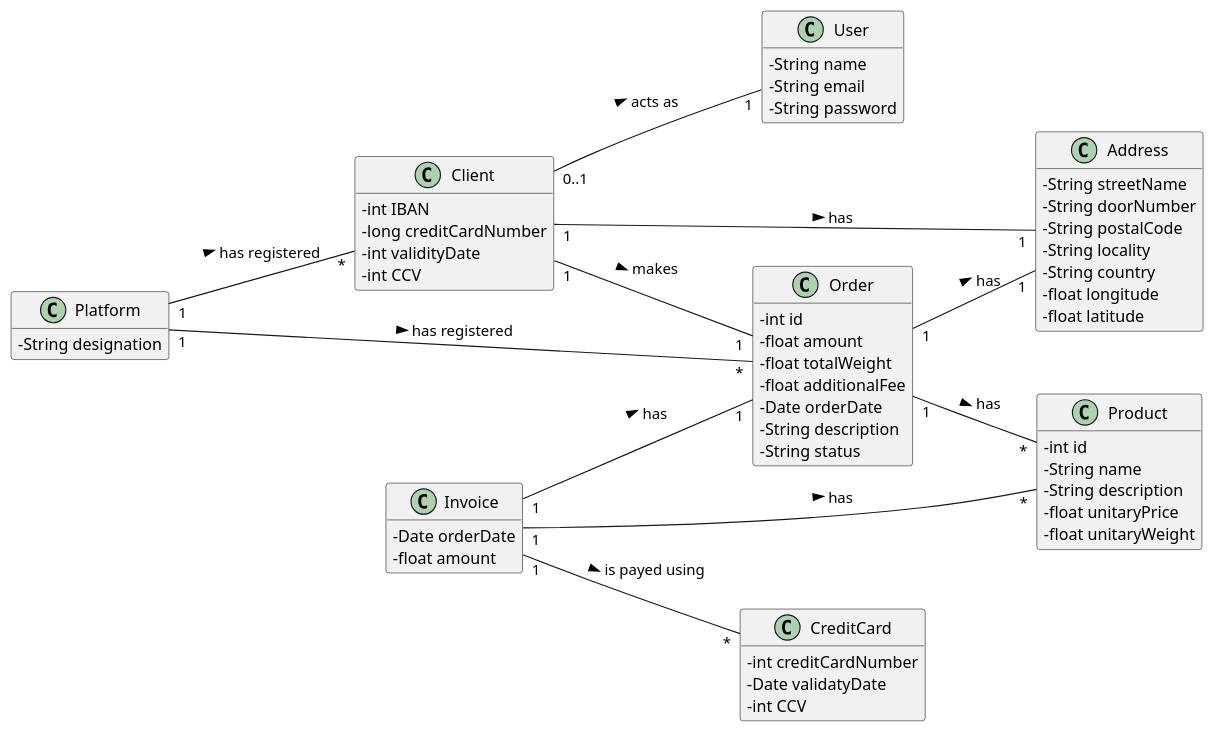
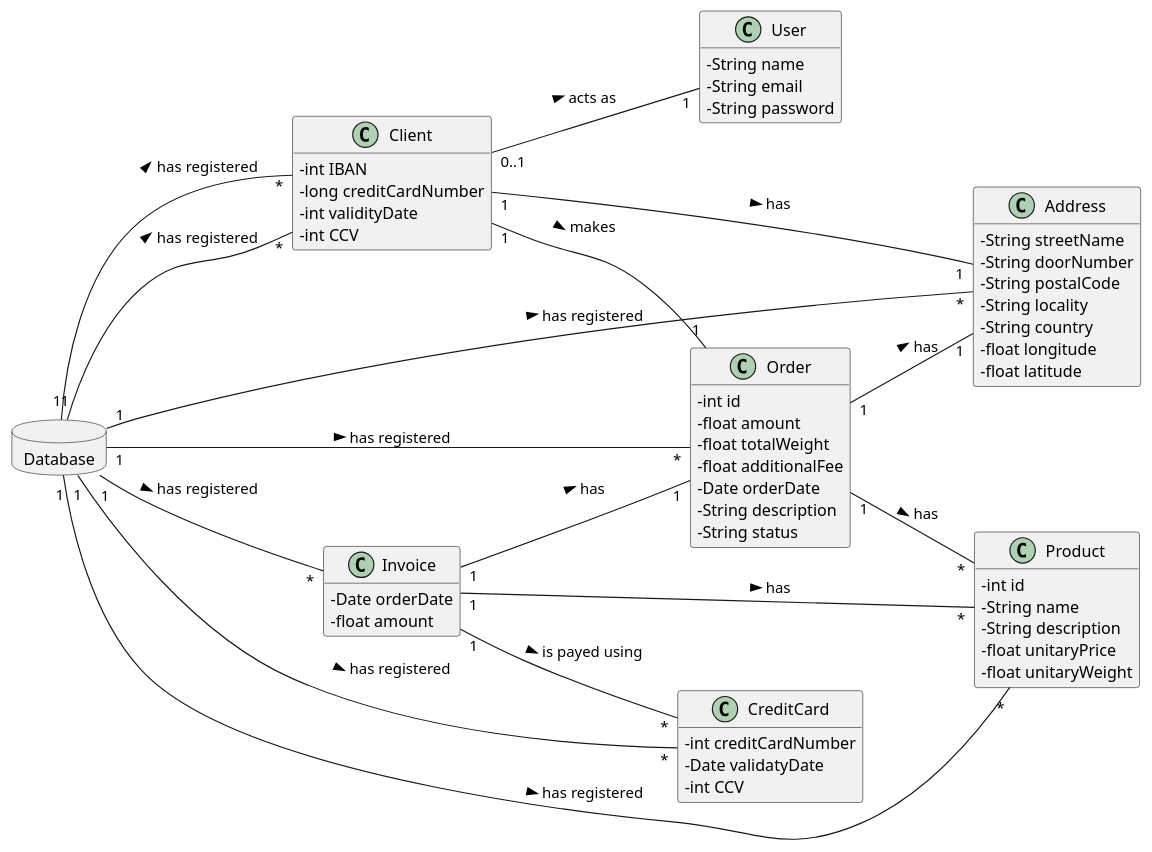
Before and after one commit to tiagoavcosta25/LAPR3: the diagram in docs/Iteration 2/Make An Order/Refinement/US26_GenerateInvoice/US26_DM.puml, drawn with PlantUML. The commit also changed 6 other files, not shown here.

```diff
--- a/docs/Iteration 2/Make An Order/Refinement/US26_GenerateInvoice/US26_DM.puml
+++ b/docs/Iteration 2/Make An Order/Refinement/US26_GenerateInvoice/US26_DM.puml
@@ -1,71 +1,76 @@
 @startuml
 skinparam classAttributeIconSize 0
 hide methods
 left to right direction
 
-class Platform {
--   String designation
+database Database {
 }
+
 class Client{
 -   int IBAN
 -   long creditCardNumber
 -   int validityDate
 -   int CCV
 }
 
 class User{
 -   String name
 -   String email
 -   String password
 }
 
 class Address{
 -   String streetName
 -   String doorNumber
 -   String postalCode
 -   String locality
 -   String country
 -   float longitude
 -   float latitude
 }
 
 class Order{
 -   int id
 -   float amount
 -   float totalWeight
 -   float additionalFee
 -   Date orderDate
 -   String description
 -   String status
 }
 
 class Product{
 -   int id
 -   String name
 -   String description
 -   float unitaryPrice
 -   float unitaryWeight
 }
 
 class Invoice{
 -   Date orderDate
 -   float amount
 }
 
 class CreditCard{
 -   int creditCardNumber
 -   Date validatyDate
 -   int CCV
 }
 
-Platform "1" -- "*" Client : has registered >
-Platform "1" -- "*" Order : has registered >
+Database "1" -- "*" Client : has registered >
+Database "1" -- "*" Order : has registered >
+Database "1" -- "*" Product : has registered >
+Database "1" -- "*" Address : has registered >
+Database "1" -- "*" Invoice : has registered >
+Database "1" -- "*" Client : has registered >
+Database "1" -- "*" CreditCard : has registered >
 Order "1" -- "*" Product : has >
 Client "0..1" -- "1" User: acts as >
 Client "1" -- "1" Order : makes >
 Client "1" -- "1" Address : has >
 Order "1" -- "1" Address : has >
 Invoice "1" -- "1" Order : has >
 Invoice "1" -- "*" Product : has >
 Invoice "1" -- "*" CreditCard : is payed using >
 @enduml
```
